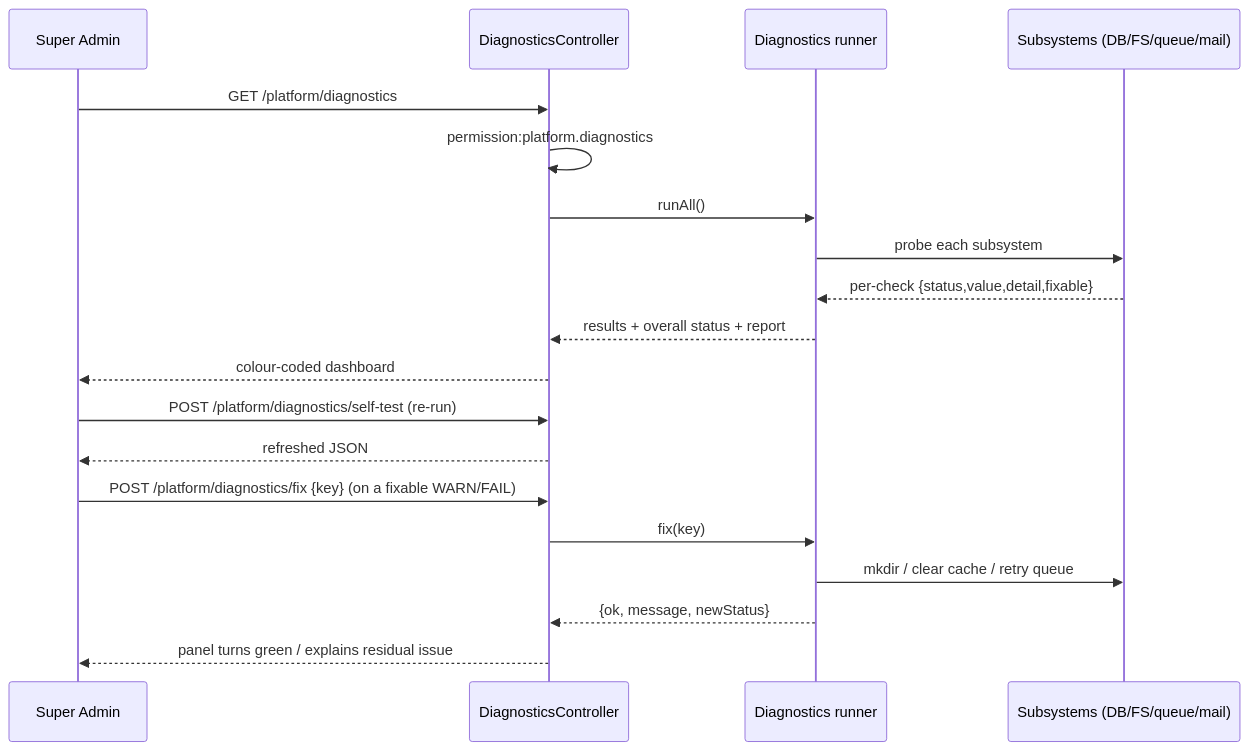
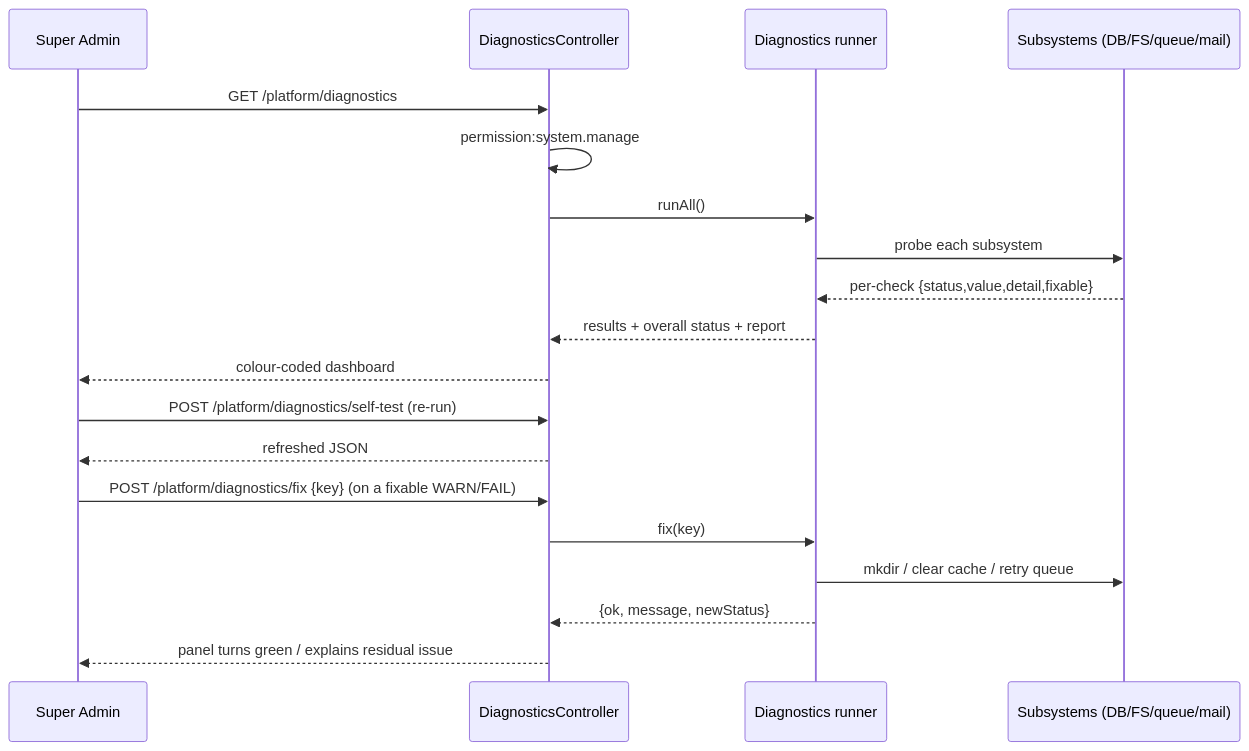
Before and after one commit to ammarnabileg/crm: the second of 2 diagrams in docs/33-System-Diagnostics.md, drawn with Mermaid. The commit also changed other lines of this file and 26 other files, not shown here.

````diff
--- a/docs/33-System-Diagnostics.md
+++ b/docs/33-System-Diagnostics.md
@@ -80,22 +80,22 @@
 ```mermaid
 sequenceDiagram
     participant A as Super Admin
     participant C as DiagnosticsController
     participant R as Diagnostics runner
     participant S as Subsystems (DB/FS/queue/mail)
 
     A->>C: GET /platform/diagnostics
-    C->>C: permission:platform.diagnostics
+    C->>C: permission:system.manage
     C->>R: runAll()
     R->>S: probe each subsystem
     S-->>R: per-check {status,value,detail,fixable}
     R-->>C: results + overall status + report
     C-->>A: colour-coded dashboard
     A->>C: POST /platform/diagnostics/self-test (re-run)
     C-->>A: refreshed JSON
     A->>C: POST /platform/diagnostics/fix {key} (on a fixable WARN/FAIL)
     C->>R: fix(key)
     R->>S: mkdir / clear cache / retry queue
     R-->>C: {ok, message, newStatus}
     C-->>A: panel turns green / explains residual issue
 ```
````
